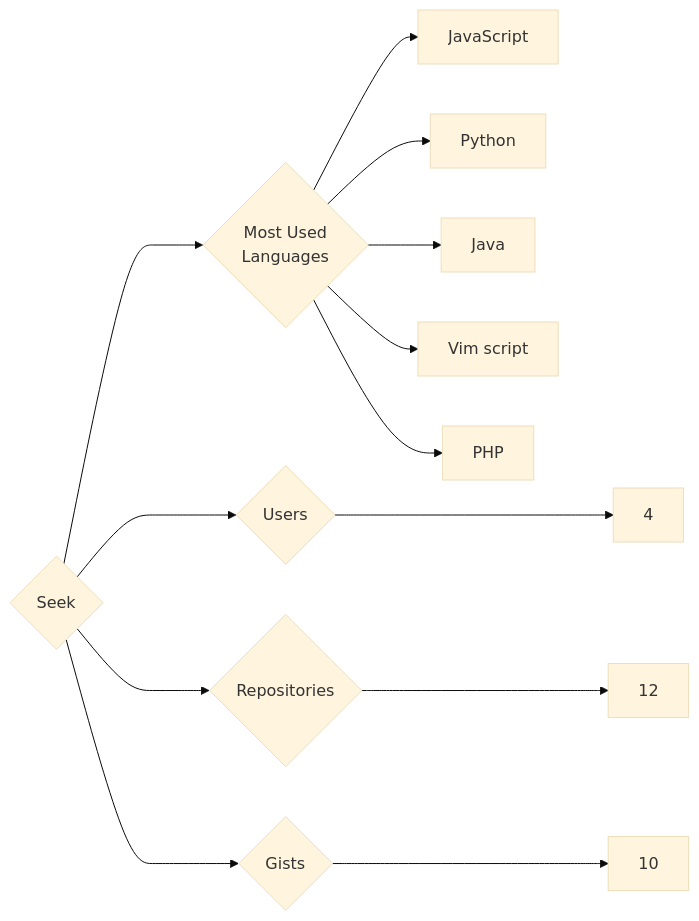
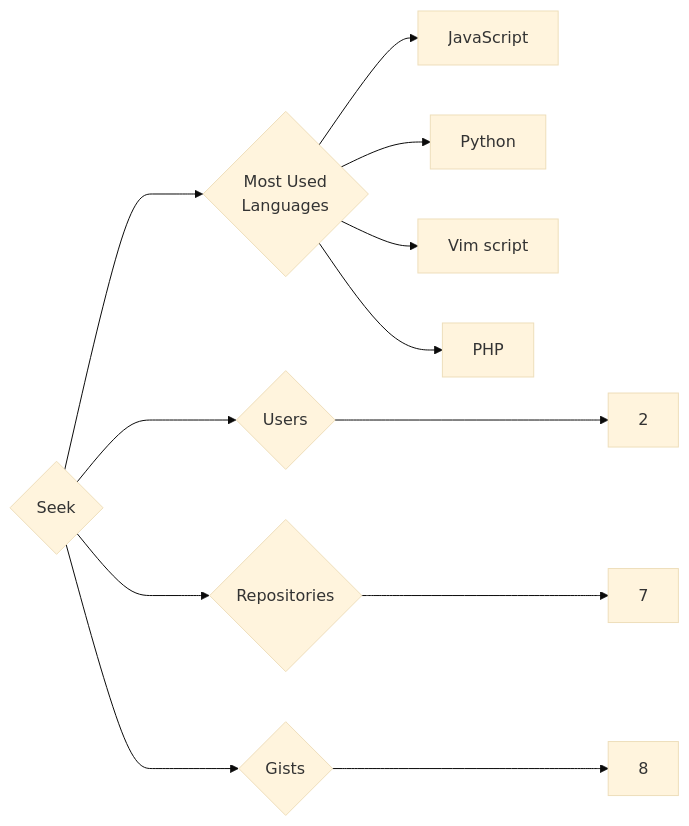
Before and after one commit to trickest/insiders: the diagram in targets/Seek/README.md, drawn with Mermaid (base theme). The commit also changed 955 other files, not shown here.

````diff
--- a/targets/Seek/README.md
+++ b/targets/Seek/README.md
@@ -3,13 +3,12 @@
 ```mermaid
 graph LR
 COMPANY_NAME{Seek}
-COMPANY_NAME ---> U{Users} ---> UN[4]
-COMPANY_NAME ---> R{Repositories} ---> RN[12]
-COMPANY_NAME ---> G{Gists} ---> GN[10]
+COMPANY_NAME ---> U{Users} ---> UN[2]
+COMPANY_NAME ---> R{Repositories} ---> RN[7]
+COMPANY_NAME ---> G{Gists} ---> GN[8]
 COMPANY_NAME ---> ML{Most Used<br>Languages}
 ML --> JavaScript[JavaScript]
 ML --> Python[Python]
-ML --> Java[Java]
 ML --> Vim_script[Vim script]
 ML --> PHP[PHP]
 ```
````
